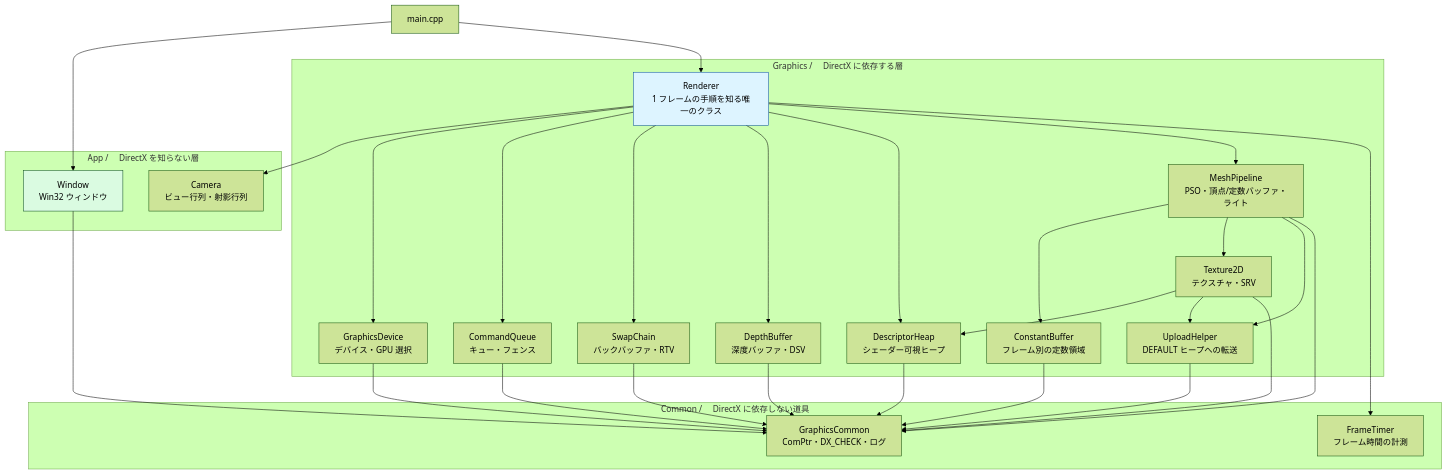
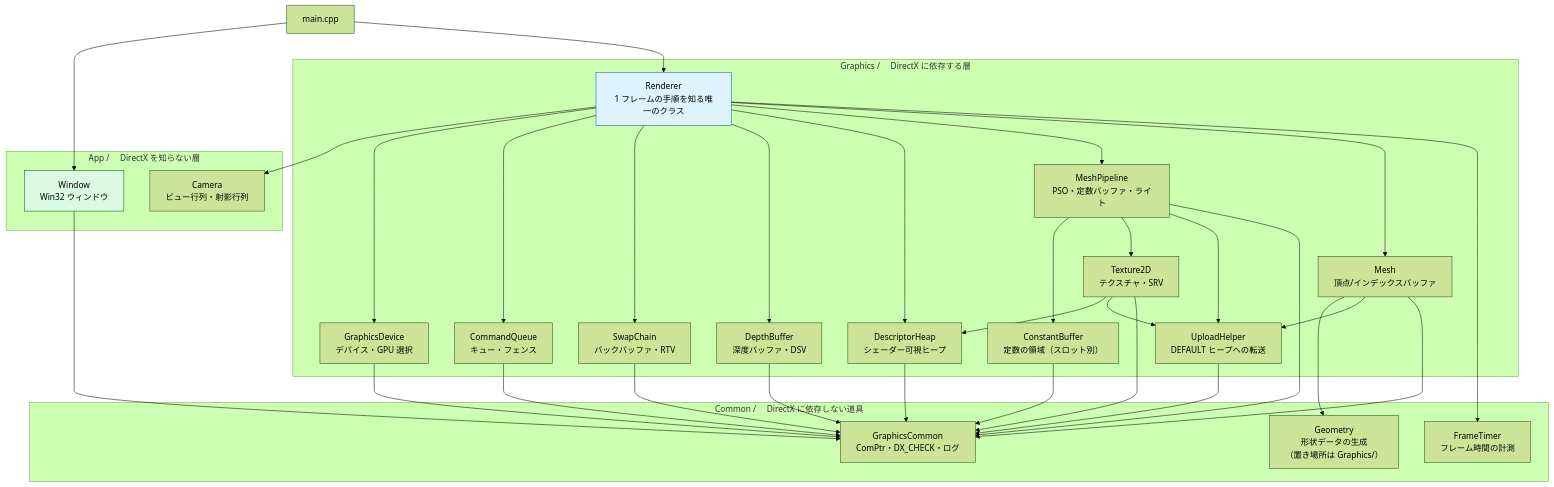
The diagram in docs/design/クラス設計.md (Tomonorarari-Think/DirectX12Dev), drawn with Mermaid (forest theme) before and after one commit. The commit also changed other lines of this file and 24 other files, not shown here.

````diff
--- a/docs/design/クラス設計.md
+++ b/docs/design/クラス設計.md
@@ -37,58 +39,64 @@
 ```mermaid
 flowchart TD
     Main["main.cpp"]
 
     subgraph APP["App / 　DirectX を知らない層"]
         Window["Window<br/>Win32 ウィンドウ"]
         Cam["Camera<br/>ビュー行列・射影行列"]
     end
 
     subgraph GFX["Graphics / 　DirectX に依存する層"]
         Renderer["Renderer<br/>1 フレームの手順を知る唯一のクラス"]
         Device["GraphicsDevice<br/>デバイス・GPU 選択"]
         Queue["CommandQueue<br/>キュー・フェンス"]
         Swap["SwapChain<br/>バックバッファ・RTV"]
         Depth["DepthBuffer<br/>深度バッファ・DSV"]
         Heap["DescriptorHeap<br/>シェーダー可視ヒープ"]
         Tex["Texture2D<br/>テクスチャ・SRV"]
         Up["UploadHelper<br/>DEFAULT ヒープへの転送"]
-        Pipe["MeshPipeline<br/>PSO・頂点/定数バッファ・ライト"]
-        CB["ConstantBuffer<br/>フレーム別の定数領域"]
+        Pipe["MeshPipeline<br/>PSO・定数バッファ・ライト"]
+        MeshN["Mesh<br/>頂点/インデックスバッファ"]
+        CB["ConstantBuffer<br/>定数の領域（スロット別）"]
     end
 
     subgraph COM["Common / 　DirectX に依存しない道具"]
         GC["GraphicsCommon<br/>ComPtr・DX_CHECK・ログ"]
         FT["FrameTimer<br/>フレーム時間の計測"]
+        Geo["Geometry<br/>形状データの生成<br/>（置き場所は Graphics/）"]
     end
 
     Main --> Window
     Main --> Renderer
     Renderer --> Cam
 
     Renderer --> Device
     Renderer --> Queue
     Renderer --> Swap
     Renderer --> Depth
     Renderer --> Heap
     Renderer --> Pipe
+    Renderer --> MeshN
     Renderer --> FT
+    MeshN --> Geo
+    MeshN --> Up
     Pipe --> CB
     Pipe --> Tex
     Pipe --> Up
     Tex --> Heap
     Tex --> Up
 
     Device --> GC
     Queue --> GC
     Swap --> GC
     Depth --> GC
     Pipe --> GC
     CB --> GC
     Heap --> GC
     Tex --> GC
+    MeshN --> GC
     Up --> GC
     Window --> GC
 
     style Renderer fill:#ddf4ff,stroke:#0a4f9e
     style Window fill:#dafbe1,stroke:#0d4f21
 ```
````
